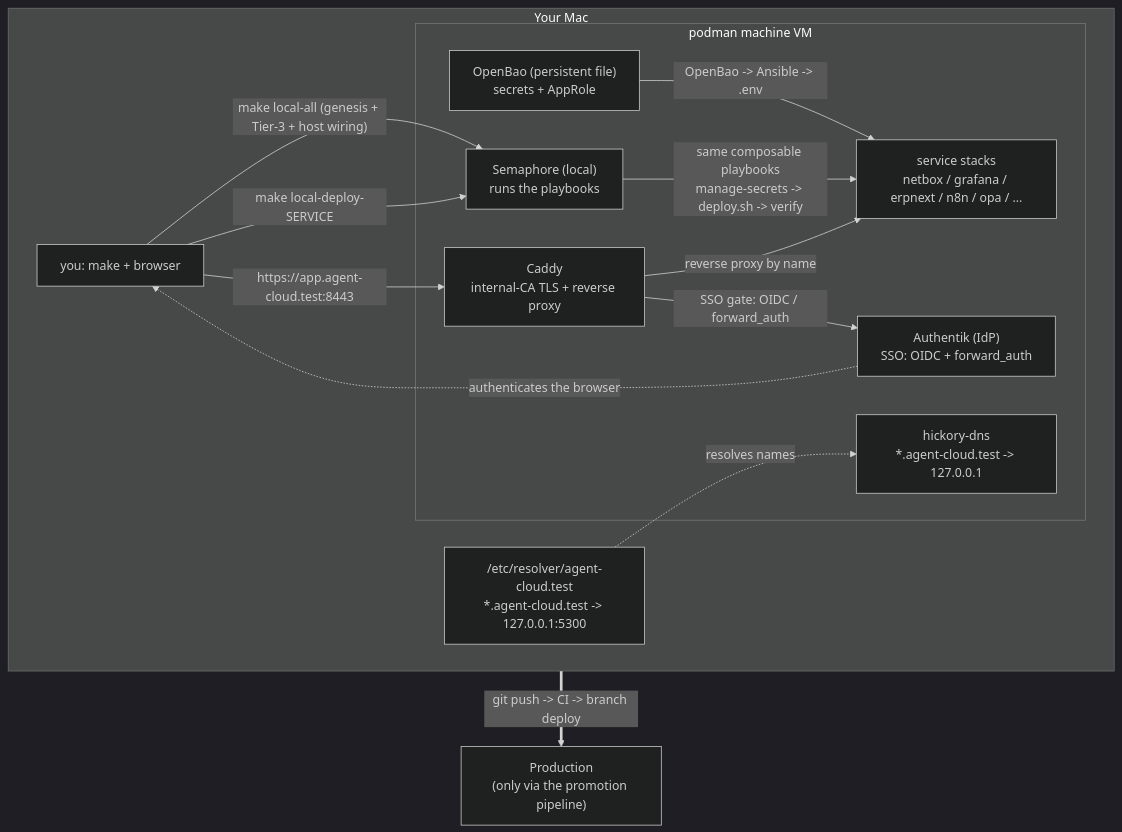
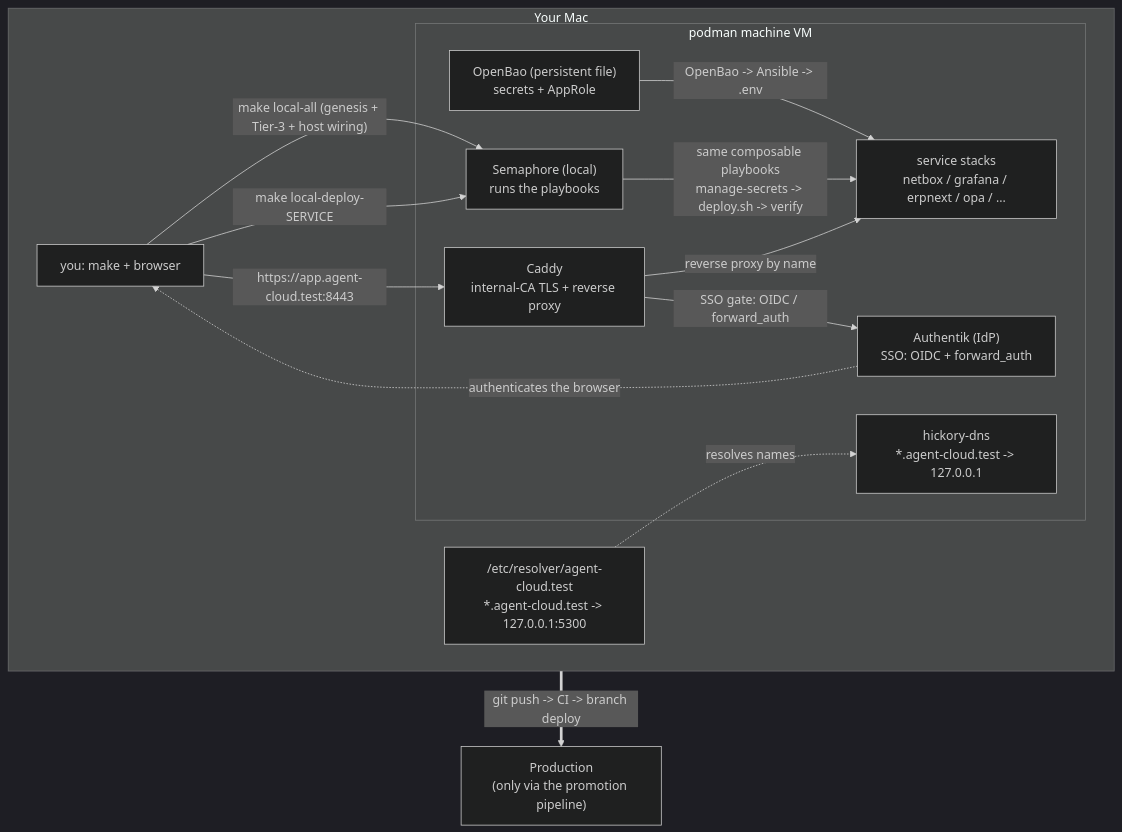
One commit to uhstray-io/agent-cloud changed the first of 3 diagrams in LOCAL-DEV-README.md. Above: the diagram before and after it, drawn with Mermaid (dark theme). The commit also changed other lines of this file and 12 other files, not shown here.

````diff
--- a/LOCAL-DEV-README.md
+++ b/LOCAL-DEV-README.md
@@ -29,27 +29,27 @@
 ```mermaid
 flowchart TB
   subgraph mac["Your Mac"]
     DEV["you: make + browser"]
     RES["/etc/resolver/agent-cloud.test<br/>*.agent-cloud.test -> 127.0.0.1:5300"]
     subgraph vm["podman machine VM"]
       BAO["OpenBao (persistent file)<br/>secrets + AppRole"]
       SEM["Semaphore (local)<br/>runs the playbooks"]
       DNS["hickory-dns<br/>*.agent-cloud.test -> 127.0.0.1"]
       CAD["Caddy<br/>internal-CA TLS + reverse proxy"]
       AK["Authentik (IdP)<br/>SSO: OIDC + forward_auth"]
-      SVC["service stacks<br/>netbox / grafana / erpnext / n8n / opa / ..."]
+      SVC["service stacks<br/>netbox / grafana / erpnext / opa / ..."]
     end
   end
   PROD["Production<br/>(only via the promotion pipeline)"]
 
   DEV -->|"make local-all (genesis + Tier-3 + host wiring)"| SEM
   DEV -->|make local-deploy-SERVICE| SEM
   SEM -->|"same composable playbooks<br/>manage-secrets -> deploy.sh -> verify"| SVC
   BAO -->|"OpenBao -> Ansible -> .env"| SVC
   DEV -->|"https://app.agent-cloud.test:8443"| CAD
   RES -.resolves names.-> DNS
   CAD -->|reverse proxy by name| SVC
   CAD -->|"SSO gate: OIDC / forward_auth"| AK
   AK -.authenticates the browser.-> DEV
   mac ==>|git push -> CI -> branch deploy| PROD
 ```
````
